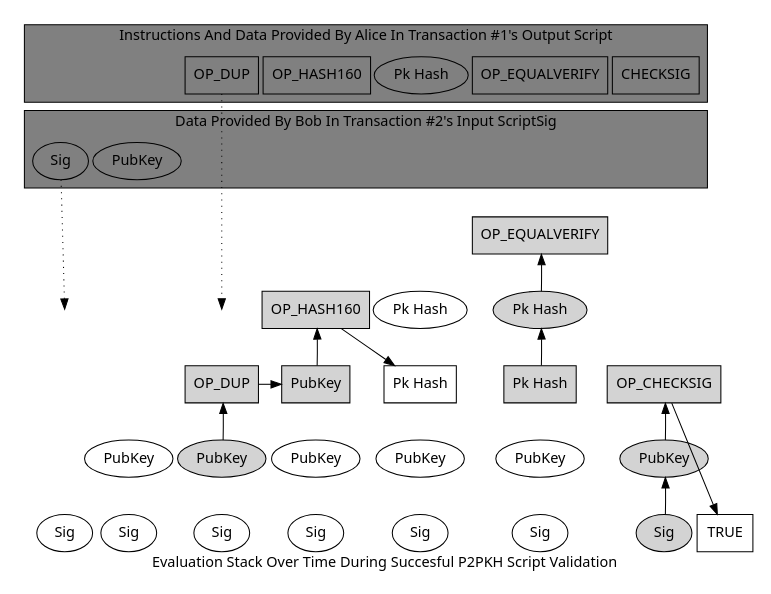
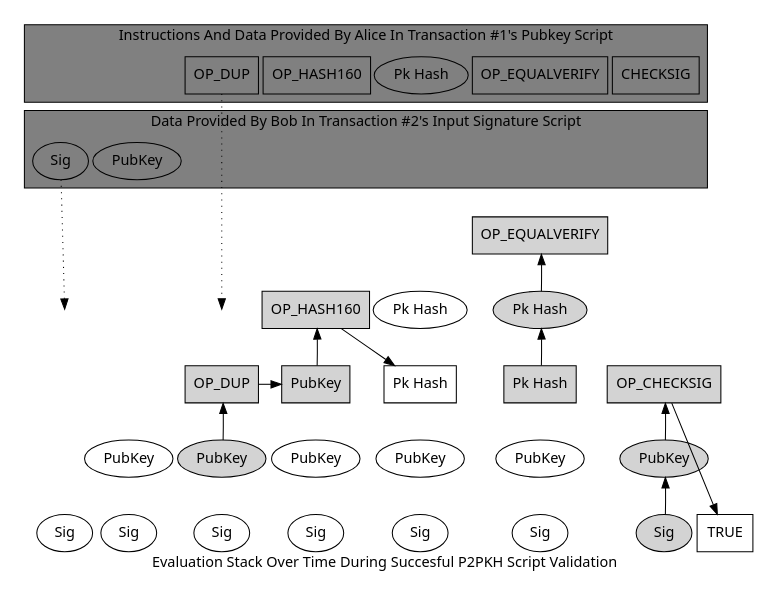
Before and after one commit to bitcoin-dot-org/Bitcoin.org: the diagram in img/dev/en-p2pkh-stack.dot, drawn with Graphviz. The commit also changed 28 other files, not shown here.

First line of the commit message:
Use Terms "Pubkey Script" And "Signature Script"

```diff
--- a/img/dev/en-p2pkh-stack.dot
+++ b/img/dev/en-p2pkh-stack.dot
@@ -1,146 +1,146 @@
 digraph blockchain {
 
 size=6.25;
 splines = "false";
 //rankdir=LR;
 //ranksep=0.1;
 //splines=ortho;
 
 node [ fontname="Sans", shape = box ];
 edge [ fontname="Sans", style = invis, minlen = 1 ];
 graph [ fontname="Sans" ];
 //fixedsize
 nodesep = 0.05;
 //concentrate = true;
 
 subgraph cluster_alice {
     bgcolor = grey;
     alice_opchecksig [ label = "CHECKSIG" ];
     alice_opequalverify [ label = "OP_EQUALVERIFY" ];
     alice_pubkeyhash [ label = "Pk Hash", shape = "" ];
     alice_ophash [ label = "OP_HASH160" ];
     alice_opdup [ label = "OP_DUP" ];
     alice_pubkey [style = invis, label="PubKey", shape = "" ];
     alice_sig  [style = invis, label="Sig", shape = "" ];
 
-    label = "Instructions And Data Provided By Alice In Transaction #1's Output Script"
+    label = "Instructions And Data Provided By Alice In Transaction #1's Pubkey Script"
     /* label = "Data Provided By Spender 1 To Spend Output" */
 }
 
 subgraph cluster_bob {
     bgcolor = grey;
     bob_opchecksig [ label = "CHECKSIG", style = invis ];
     bob_opequalverify [ label = "OP_EQUALVERIFY", style = invis ];
     bob_pubkeyhash [ label = "Pk Hash", style = invis, shape = "" ];
     bob_ophash [ label = "OP_HASH160", style = invis ];
     bob_opdup [ label = "OP_DUP", style = invis ];
     bob_pubkey [style = unfilled, label="PubKey", shape = "" ];
     bob_sig  [style = unfilled, label="Sig", shape = "" ];
 
-    label = "Data Provided By Bob In Transaction #2's Input ScriptSig"
+    label = "Data Provided By Bob In Transaction #2's Input Signature Script"
 }
 
 alice_sig -> bob_sig;
 alice_pubkey -> bob_pubkey;
 alice_opdup -> bob_opdup;
 alice_ophash -> bob_ophash;
 alice_pubkeyhash -> bob_pubkeyhash;
 alice_opequalverify -> bob_opequalverify;
 alice_opchecksig -> bob_opchecksig;
 
 subgraph invis {
     node [ style = invis, label="", width=0, height=0 ];
     invis0_0;
     invis0_1;
     invis0_2;
     invis0_3;
 
     invis1_0;
     invis1_1;
     invis1_2;
 
     invis2_0;
     invis2_1;
 
     invis3_0;
 
     invis4_0;
 
     invis5_0;
     invis5_1;
 
     invis6_0;
     invis6_1;
     invis6_2;
     invis6_3;
     invis6_4;
     invis6_5;
     invis6_6;
 }
     stack7_opchecksig  [style = filled, label="OP_CHECKSIG" ];
     stack7_pubkey  [style = filled, label="PubKey", shape = "" ];
     stack7_sig  [style = filled, label="Sig", shape = "" ];
 
     stack6_opequalverify  [style = filled, label="OP_EQUALVERIFY" ];
     stack6_pubkeyhash  [style = filled, label="Pk Hash", shape = "" ];
     stack6_ophash  [style = filled, label="Pk Hash" ];
     stack6_pubkey  [style = unfilled, label="PubKey", shape = "" ];
     stack6_sig  [style = unfilled, label="Sig", shape = "" ];
 
     stack5_pubkeyhash  [style = unfilled, label="Pk Hash", shape = "" ];
     stack5_ophash  [style = unfilled, label="Pk Hash" ];
     stack5_pubkey  [style = unfilled, label="PubKey", shape = "" ];
     stack5_sig  [style = unfilled, label="Sig", shape = "" ];
 
     stack4_ophash  [style = filled, label="OP_HASH160" ];
     stack4_opdup  [style = filled, label="PubKey" ];
     stack4_pubkey  [style = unfilled, label="PubKey", shape = "" ];
     stack4_sig  [style = unfilled, label="Sig", shape = "" ];
 
     stack3_opdup  [style = filled, label="OP_DUP" ];
     stack3_pubkey  [style = filled, label="PubKey", shape = "" ];
     stack3_sig  [style = unfilled, label="Sig", shape = "" ];
 
     stack2_pubkey  [style = unfilled, label="PubKey", shape = "" ];
     stack2_sig  [style = unfilled, label="Sig", shape = "" ];
     stack1_sig  [style = unfilled, label="Sig", shape = "" ];
 
 bob_sig -> invis0_0 -> invis0_1 -> invis0_2 -> invis0_3 -> stack1_sig;
 bob_sig -> invis0_1 [ style = "dotted" ];
 
 bob_pubkey -> invis1_0 -> invis1_1 -> invis1_2 -> stack2_pubkey;
 bob_pubkey -> stack2_pubkey; stack2_pubkey -> stack2_sig;
 
 
 bob_opdup -> invis2_0 -> invis2_1 -> stack3_opdup;
 alice_opdup -> invis2_1 [ constraint = false, style = "dotted" ]; stack3_opdup -> stack3_pubkey -> stack3_sig;
 
 bob_ophash -> invis3_0 -> stack4_ophash;
 bob_ophash -> stack4_ophash; stack4_ophash -> stack4_opdup -> stack4_pubkey -> stack4_sig;
 
 bob_pubkeyhash -> invis4_0 -> stack5_pubkeyhash;
 bob_pubkeyhash -> stack5_pubkeyhash; stack5_pubkeyhash -> stack5_ophash -> stack5_pubkey -> stack5_sig;
 
 bob_opequalverify -> stack6_opequalverify; stack6_opequalverify -> stack6_pubkeyhash -> stack6_ophash -> stack6_pubkey -> stack6_sig
 
 bob_opchecksig -> invis5_0 -> invis5_1 -> stack7_opchecksig;
 bob_opchecksig -> stack7_opchecksig; stack7_opchecksig -> stack7_pubkey -> stack7_sig
 
 invis6_0 -> invis6_1 -> invis6_2 -> invis6_3 -> invis6_4 -> invis6_5 -> TRUE;
 stack7_opchecksig -> TRUE [ style = "", minlen = 2 ];
 
 
 stack3_opdup -> stack4_opdup [ constraint = false, style = "" ]; 
 stack3_pubkey -> stack3_opdup [ style = "" ]; 
 
 stack4_ophash -> stack5_ophash [ constraint = false, style = "" ];
 stack4_opdup -> stack4_ophash [ style = "" ]; 
 
 stack6_pubkeyhash -> stack6_opequalverify [ style = "" ]; 
 stack6_ophash -> stack6_pubkeyhash [ style = "" ]; 
 
 stack7_pubkey -> stack7_opchecksig [ style = "" ]; 
 stack7_sig -> stack7_pubkey [ style = "" ]; 
 
 label = "Evaluation Stack Over Time During Succesful P2PKH Script Validation"
 }
```
